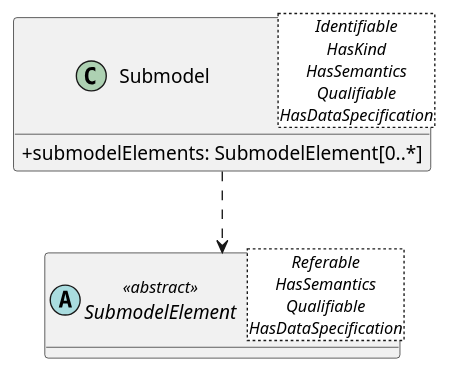
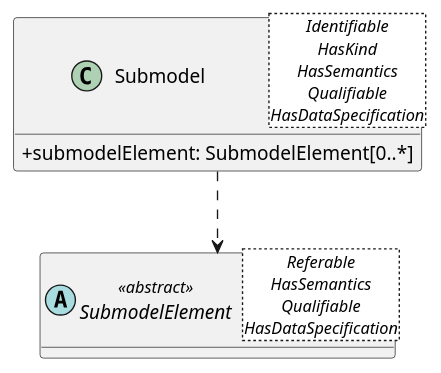
Before and after one commit to zrgt/py2puml: the diagram in output/25_Submodel.puml, drawn with PlantUML. The commit also changed 52 other files, not shown here.

```diff
--- a/output/25_Submodel.puml
+++ b/output/25_Submodel.puml
@@ -1,11 +1,11 @@
 @startuml
 skinparam classAttributeIconSize 0
 hide methods
 
 class Submodel<Identifiable\nHasKind\nHasSemantics\nQualifiable\nHasDataSpecification> {
-  +submodelElements: SubmodelElement[0..*] 
+  +submodelElement: SubmodelElement[0..*] 
 }
 abstract class SubmodelElement<Referable\nHasSemantics\nQualifiable\nHasDataSpecification> <<abstract>> {
 }
 Submodel ..> SubmodelElement
 @enduml
```
